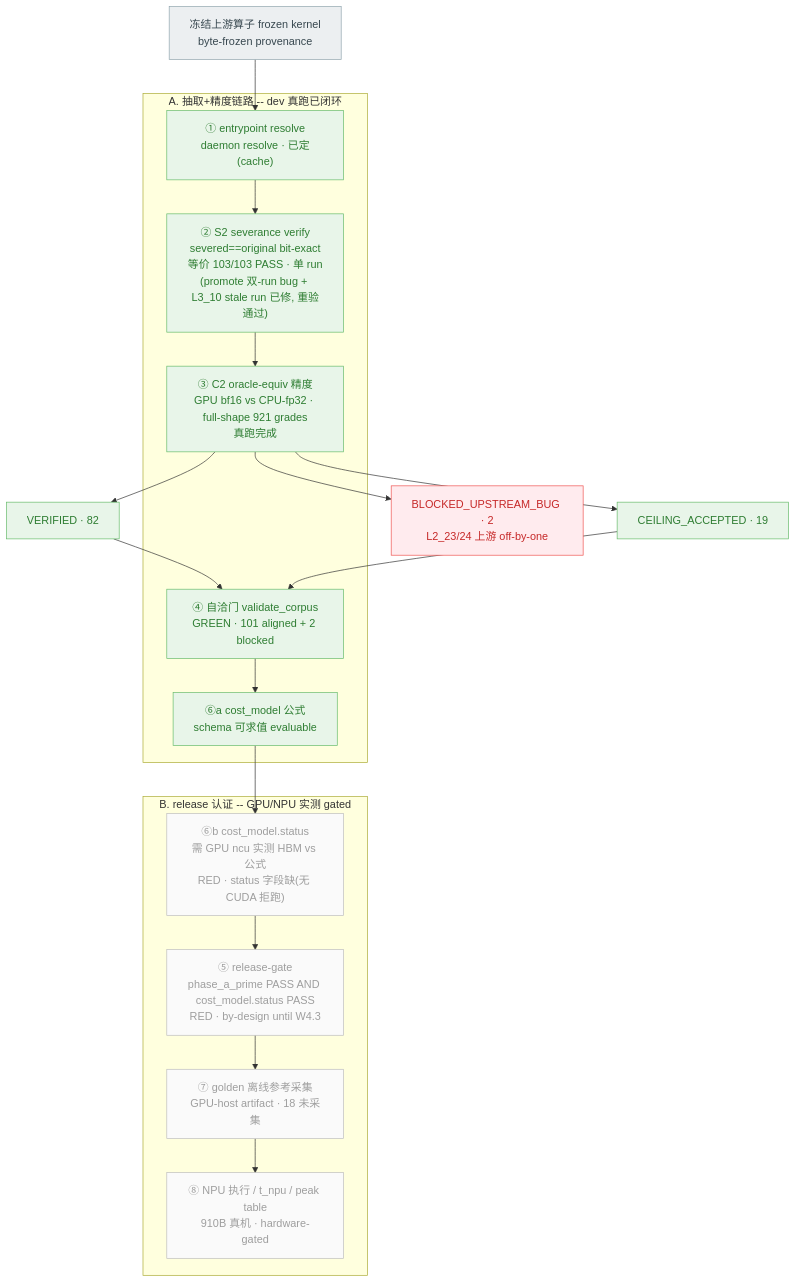
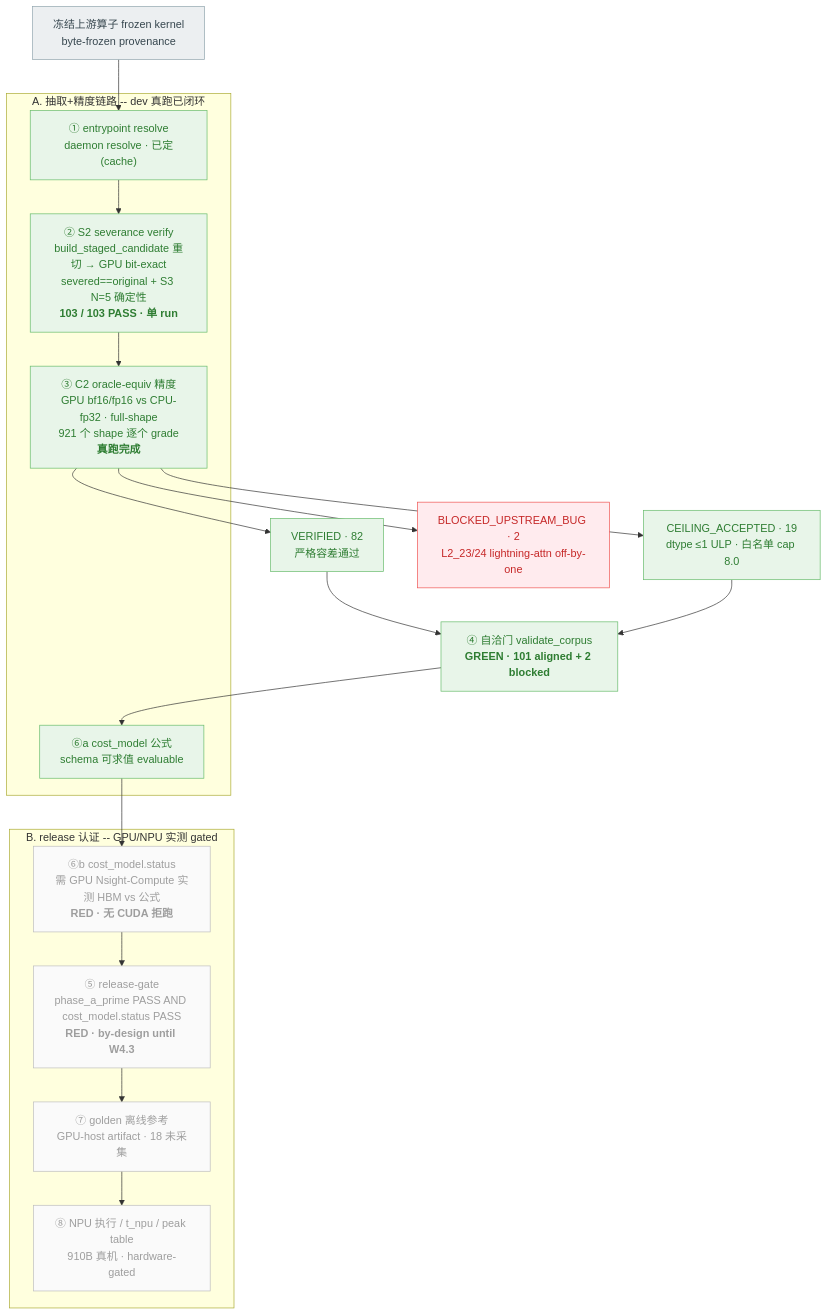
The diagram in docs/reviews/2026-06-04-pipeline-status.md (Gxj230958/TritonAscendBench), drawn with Mermaid before and after one commit. The commit also changed other lines of this file, not shown here.

Commit message:
docs: pipeline status from full-corpus real-run (103 S2 PASS + 82/19/2)

````diff
--- a/docs/reviews/2026-06-04-pipeline-status.md
+++ b/docs/reviews/2026-06-04-pipeline-status.md
@@ -9,34 +9,32 @@
 ```mermaid
 flowchart TD
     U["冻结上游算子 frozen kernel<br/>byte-frozen provenance"]:::frozen
 
     subgraph extract["A. 抽取+精度链路 -- dev 真跑已闭环"]
         S1["① entrypoint resolve<br/>daemon resolve · 已定(cache)"]:::done
-        S2["② S2 severance verify<br/>severed==original bit-exact<br/>等价 103/103 PASS · 单 run<br/>(promote 双-run bug + L3_10 stale run 已修, 重验通过)"]:::done
-        S3["③ C2 oracle-equiv 精度<br/>GPU bf16 vs CPU-fp32 · full-shape 921 grades<br/>真跑完成"]:::done
-        S4["④ 自洽门 validate_corpus<br/>GREEN · 101 aligned + 2 blocked"]:::done
+        S2["② S2 severance verify<br/>build_staged_candidate 重切 → GPU bit-exact<br/>severed==original + S3 N=5 确定性<br/><b>103 / 103 PASS · 单 run</b>"]:::done
+        S3["③ C2 oracle-equiv 精度<br/>GPU bf16/fp16 vs CPU-fp32 · full-shape<br/>921 个 shape 逐个 grade<br/><b>真跑完成</b>"]:::done
         S6a["⑥a cost_model 公式<br/>schema 可求值 evaluable"]:::done
     end
 
-    S3 --> outVer["VERIFIED · 82"]:::done
-    S3 --> outCeil["CEILING_ACCEPTED · 19"]:::done
-    S3 --> outBlk["BLOCKED_UPSTREAM_BUG · 2<br/>L2_23/24 上游 off-by-one"]:::blocked
+    S3 --> outVer["VERIFIED · 82<br/>严格容差通过"]:::done
+    S3 --> outCeil["CEILING_ACCEPTED · 19<br/>dtype ≤1 ULP · 白名单 cap 8.0"]:::done
+    S3 --> outBlk["BLOCKED_UPSTREAM_BUG · 2<br/>L2_23/24 lightning-attn off-by-one"]:::blocked
 
     subgraph cert["B. release 认证 -- GPU/NPU 实测 gated"]
-        S6b["⑥b cost_model.status<br/>需 GPU ncu 实测 HBM vs 公式<br/>RED · status 字段缺(无 CUDA 拒跑)"]:::gated
-        S5["⑤ release-gate<br/>phase_a_prime PASS AND cost_model.status PASS<br/>RED · by-design until W4.3"]:::gated
-        G1["⑦ golden 离线参考采集<br/>GPU-host artifact · 18 未采集"]:::gated
+        S6b["⑥b cost_model.status<br/>需 GPU Nsight-Compute 实测 HBM vs 公式<br/><b>RED · 无 CUDA 拒跑</b>"]:::gated
+        S5["⑤ release-gate<br/>phase_a_prime PASS AND cost_model.status PASS<br/><b>RED · by-design until W4.3</b>"]:::gated
+        G1["⑦ golden 离线参考<br/>GPU-host artifact · 18 未采集"]:::gated
         G2["⑧ NPU 执行 / t_npu / peak table<br/>910B 真机 · hardware-gated"]:::gated
     end
 
     U --> S1 --> S2 --> S3
-    outVer --> S4
+    outVer --> S4["④ 自洽门 validate_corpus<br/><b>GREEN · 101 aligned + 2 blocked</b>"]:::done
     outCeil --> S4
     S4 --> S6a --> S6b --> S5 --> G1 --> G2
 
     classDef frozen fill:#ECEFF1,stroke:#90A4AE,color:#37474F
     classDef done fill:#E8F5E9,stroke:#66BB6A,color:#2E7D32
-    classDef running fill:#FFF8E1,stroke:#FB8C00,color:#E65100
     classDef gated fill:#FAFAFA,stroke:#BDBDBD,color:#9E9E9E
     classDef blocked fill:#FFEBEE,stroke:#EF5350,color:#C62828
 ```
````
